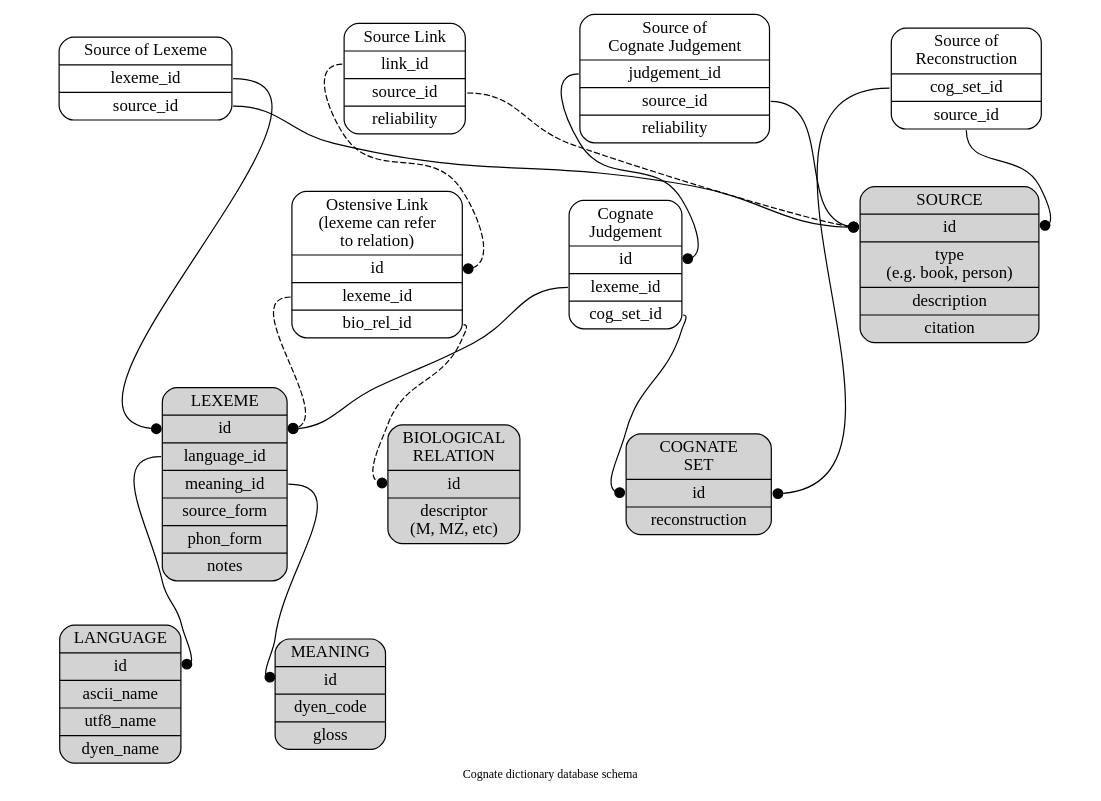
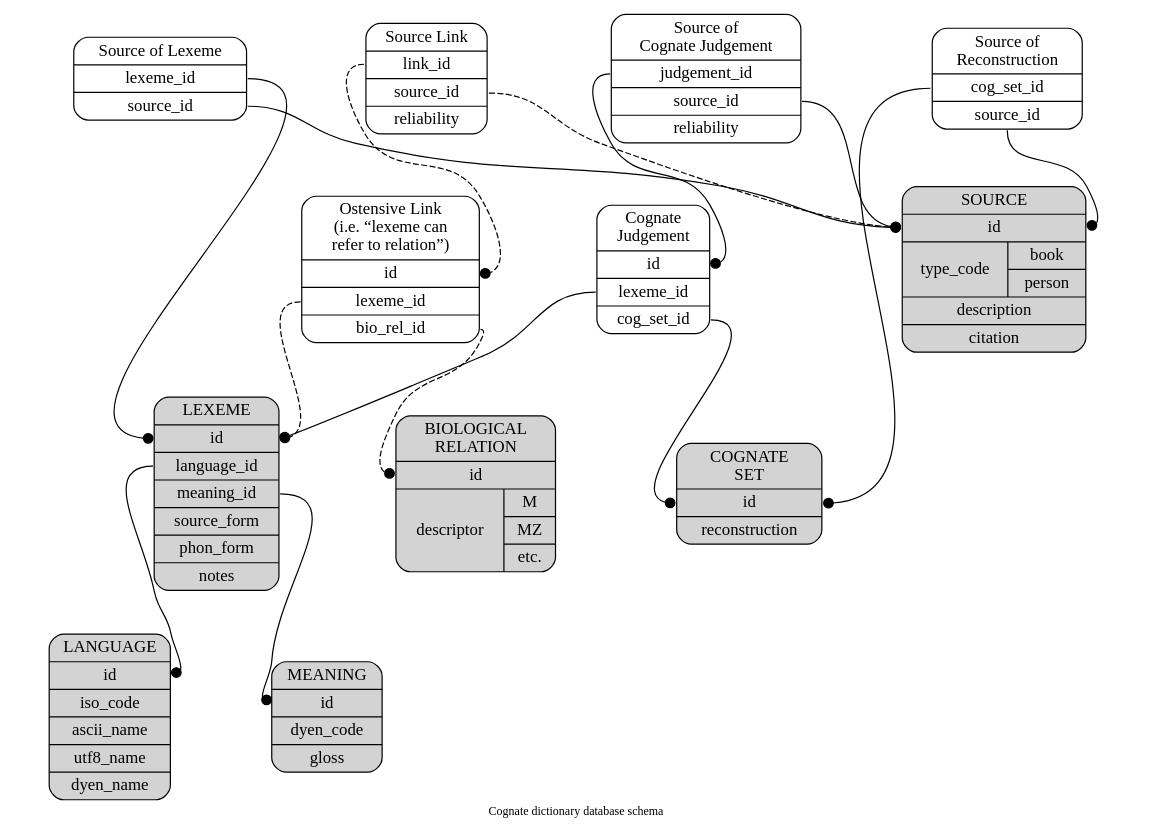
One commit to lingdb/CoBL-public changed the diagram in database_structure.dot. Above: the diagram before and after it, drawn with Graphviz.

```diff
--- a/database_structure.dot
+++ b/database_structure.dot
@@ -1,66 +1,66 @@
 digraph g { // neato -Tpdf -O database_structure.dot
   ordering=out;
   fontsize=10;
   overlap=scale;
   splines=true;
   sep=0.2;
   ratio=0.7;
   label="Cognate dictionary database schema";
   node [shape=Mrecord];
   edge [arrowhead=dot];
 
   lexeme [pos="2,3!",style=filled,
 	label="{LEXEME |<id> id |<lid> language_id |<mid> meaning_id | source_form | phon_form | notes }"];
   source [pos="7,3!",style=filled,
-	label="{SOURCE |<id> id | type\n(e.g. book, person) | description | citation }"];
+	label="{SOURCE |<id> id |{type_code |{book | person}}| description | citation }"];
   meaning [pos="1,2!",style=filled,
 	label="{MEANING |<id> id | dyen_code | gloss }"];
   language [pos="1,4!",style=filled,
-	label="{LANGUAGE |<id> id | ascii_name | utf8_name | dyen_name}"];
+	label="{LANGUAGE |<id> id | iso_code | ascii_name | utf8_name | dyen_name}"];
   cogset [pos="4,4!",style=filled,
 	label="{COGNATE\nSET |<id> id | reconstruction}"];
   biological [pos="4,1!",style=filled,
-	label="{BIOLOGICAL\nRELATION | <id> id | descriptor\n(M, MZ, etc)}"];
+	label="{BIOLOGICAL\nRELATION | <id> id |{descriptor |{M | MZ | etc.}}}"];
 
   // Many to many tables
   judgement [pos="3,4.5!",
 	label="{Cognate\nJudgement |<id> id |<fid> lexeme_id |<cid> cog_set_id}"];
   formsource [pos="5,3!",
 	label="{Source of Lexeme |<fid> lexeme_id |<sid> source_id}"];
   judgesource [pos="5,5!",
 	label="{Source of\nCognate Judgement |<jid> judgement_id |<sid> source_id | reliability}"];
   cogsource [pos="5,4!",
 	label="{Source of\nReconstruction |<cid> cog_set_id |<sid> source_id}"];
   formbio [pos="3,2!",
-	label="{Ostensive Link\n(lexeme can refer\nto relation) |<id> id |<fid> lexeme_id |<bid> bio_rel_id}"];
+	label="{Ostensive Link\n(i.e. “lexeme can\n  refer to relation”) |<id> id |<fid> lexeme_id |<bid> bio_rel_id}"];
   biosource [pos="5,2!",
 	label="{Source Link |<lid> link_id |<sid> source_id | reliability}"];
 
   // meaning [pos="1,1!"];	
   // language [pos="1,2!"];
   // lexeme [pos="2,1.5!"];
   // formsource [pos="4,1!"];
   // judgesource [pos="4.5,2.5!"];
   // cogsource [pos="5,1.5!"];
   // source [pos="6,1.5!"];
   // cogset [pos="4,1.5!"];
   // judgement [pos="3,2!"];
   // biological [pos="4,0!"];
   // formbio [pos="3,0.5!"];
 
   judgement:fid -> lexeme:id [weight=8]; 
   judgement:cid -> cogset:id [weight=8];
   formsource:fid -> lexeme:id;
   formsource:sid -> source:id;
   judgesource:jid -> judgement:id;
   judgesource:sid -> source:id;
   cogsource:cid -> cogset:id;
   cogsource:sid -> source:id;
   lexeme:lid -> language:id;
   lexeme:mid -> meaning:id;
 
   formbio:fid -> lexeme:id [style=dashed];
   formbio:bid -> biological:id [style=dashed];
   biosource:lid -> formbio:id [style=dashed];
   biosource:sid -> source:id [style=dashed];
 }
```
